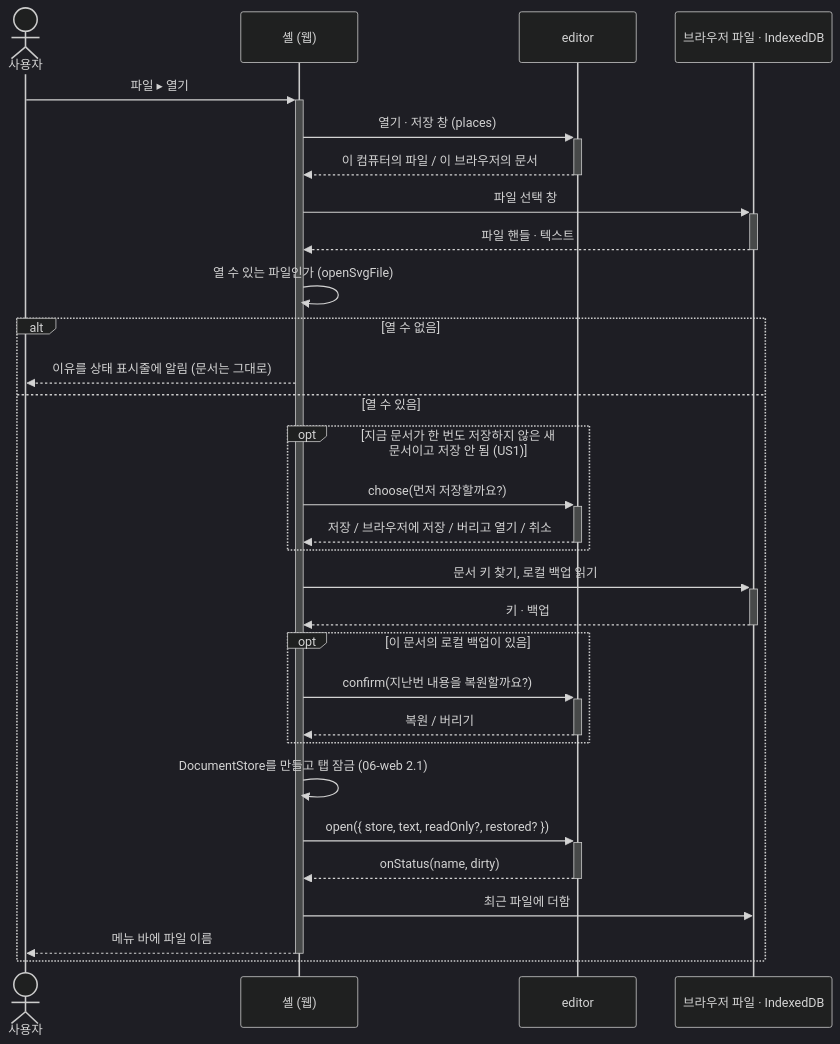
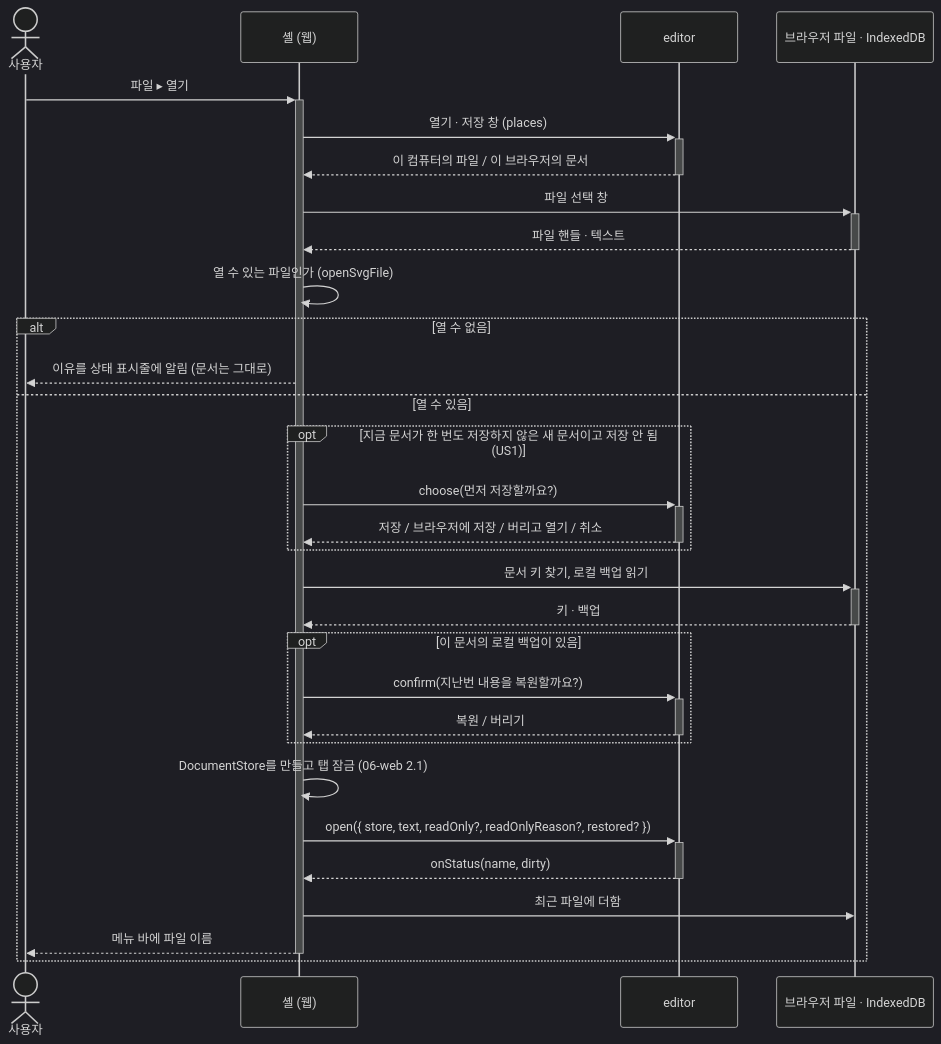
One commit to reddiana/AriadneNSD changed the second of 2 diagrams in docs/04-design/03-editor.md. Above: the diagram before and after it, drawn with Mermaid (dark theme). The commit also changed other lines of this file and 15 other files, not shown here.

````diff
--- a/docs/04-design/03-editor.md
+++ b/docs/04-design/03-editor.md
@@ -517,32 +521,32 @@
 ```mermaid
 sequenceDiagram
     actor U as 사용자
     participant S as 셸 (웹)
     participant E as editor
     participant F as 브라우저 파일 · IndexedDB
     U->>+S: 파일 ▸ 열기
     S->>+E: 열기 · 저장 창 (places)
     E-->>-S: 이 컴퓨터의 파일 / 이 브라우저의 문서
     S->>+F: 파일 선택 창
     F-->>-S: 파일 핸들 · 텍스트
     S->>S: 열 수 있는 파일인가 (openSvgFile)
     alt 열 수 없음
         S-->>U: 이유를 상태 표시줄에 알림 (문서는 그대로)
     else 열 수 있음
         opt 지금 문서가 한 번도 저장하지 않은 새 문서이고 저장 안 됨 (US1)
             S->>+E: choose(먼저 저장할까요?)
             E-->>-S: 저장 / 브라우저에 저장 / 버리고 열기 / 취소
         end
         S->>+F: 문서 키 찾기, 로컬 백업 읽기
         F-->>-S: 키 · 백업
         opt 이 문서의 로컬 백업이 있음
             S->>+E: confirm(지난번 내용을 복원할까요?)
             E-->>-S: 복원 / 버리기
         end
         S->>S: DocumentStore를 만들고 탭 잠금 (06-web 2.1)
-        S->>+E: open({ store, text, readOnly?, restored? })
+        S->>+E: open({ store, text, readOnly?, readOnlyReason?, restored? })
         E-->>-S: onStatus(name, dirty)
         S->>F: 최근 파일에 더함
         S-->>-U: 메뉴 바에 파일 이름
     end
 ```
````
